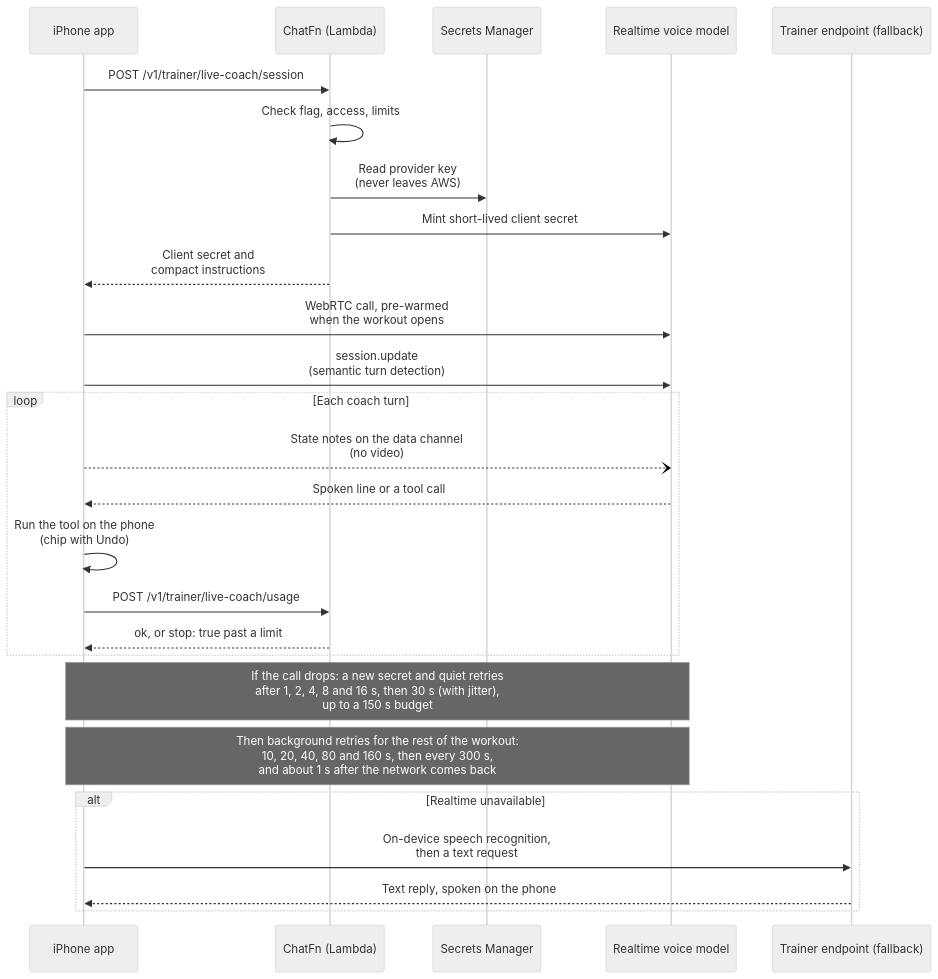
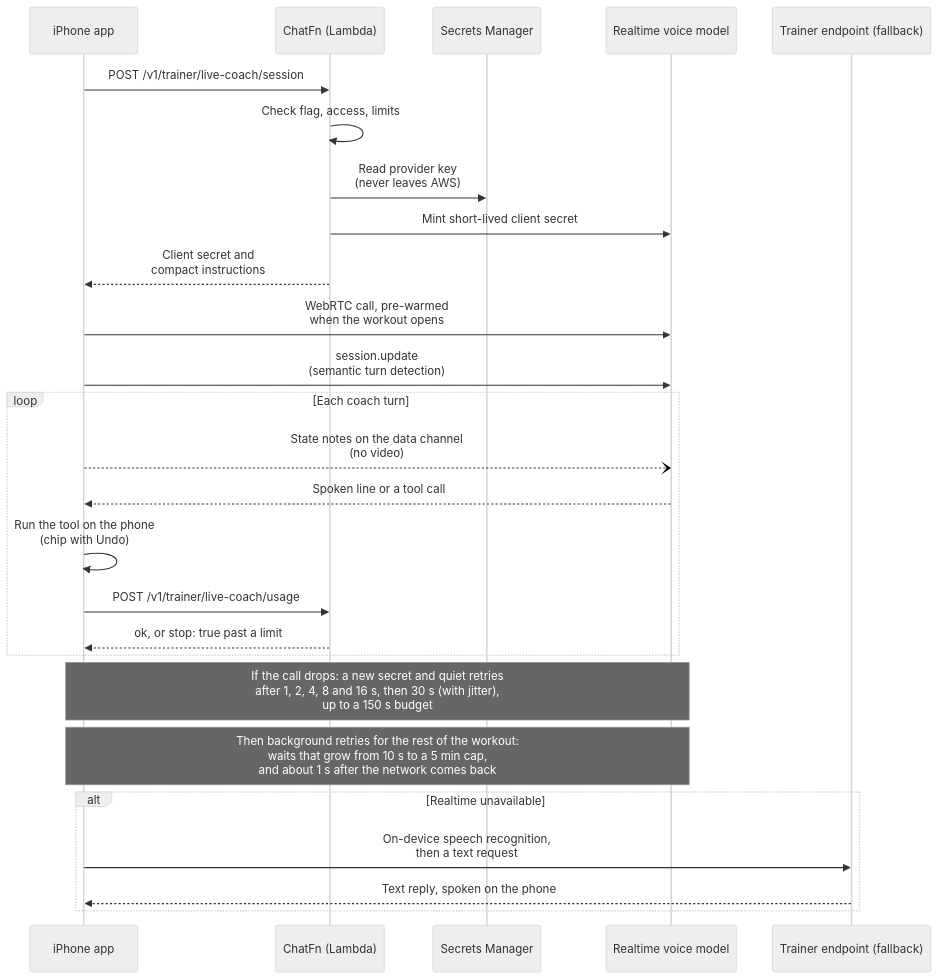
Before and after one commit to ashishkharche/ashishkharche.com: the diagram in content/diagrams/04-live-coach-connect.mmd, drawn with Mermaid (neutral theme). The commit also changed 5 other files, not shown here.

First line of the commit message:
Correct Workout Director notes and diagrams against WD b430bfc6

```diff
--- a/content/diagrams/04-live-coach-connect.mmd
+++ b/content/diagrams/04-live-coach-connect.mmd
@@ -1,26 +1,26 @@
 sequenceDiagram
   participant P as iPhone app
   participant C as ChatFn (Lambda)
   participant S as Secrets Manager
   participant O as Realtime voice model
   participant X as Trainer endpoint (fallback)
   P->>C: POST /v1/trainer/live-coach/session
   C->>C: Check flag, access, limits
   C->>S: Read provider key<br/>(never leaves AWS)
   C->>O: Mint short-lived client secret
   C-->>P: Client secret and<br/>compact instructions
   P->>O: WebRTC call, pre-warmed<br/>when the workout opens
   P->>O: session.update<br/>(semantic turn detection)
   loop Each coach turn
     P--)O: State notes on the data channel<br/>(no video)
     O-->>P: Spoken line or a tool call
     P->>P: Run the tool on the phone<br/>(chip with Undo)
     P->>C: POST /v1/trainer/live-coach/usage
     C-->>P: ok, or stop: true past a limit
   end
   Note over P,O: If the call drops: a new secret and quiet retries<br/>after 1, 2, 4, 8 and 16 s, then 30 s (with jitter),<br/>up to a 150 s budget
-  Note over P,O: Then background retries for the rest of the workout:<br/>10, 20, 40, 80 and 160 s, then every 300 s,<br/>and about 1 s after the network comes back
+  Note over P,O: Then background retries for the rest of the workout:<br/>waits that grow from 10 s to a 5 min cap,<br/>and about 1 s after the network comes back
   alt Realtime unavailable
     P->>X: On-device speech recognition,<br/>then a text request
     X-->>P: Text reply, spoken on the phone
   end
```
